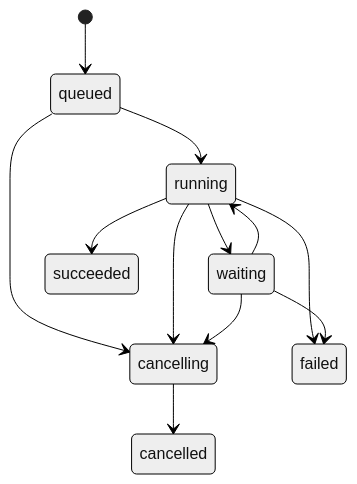
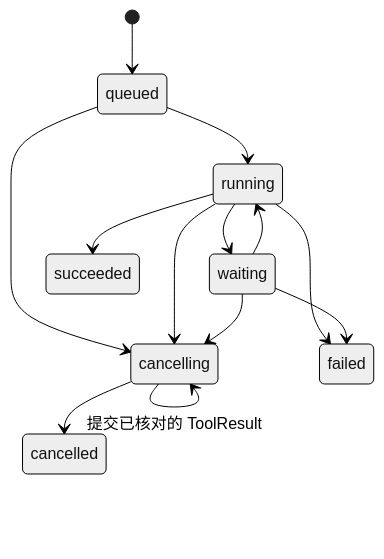
The first of 3 diagrams in docs/upgrade/2026-08-11-operation-recovery-model.md (xiesunsun/MyOpenClaw), drawn with Mermaid (neutral theme) before and after one commit. The commit also changed other lines of this file and 7 other files, not shown here.

````diff
--- a/docs/upgrade/2026-08-11-operation-recovery-model.md
+++ b/docs/upgrade/2026-08-11-operation-recovery-model.md
@@ -84,14 +84,15 @@
 ```mermaid
 stateDiagram-v2
     [*] --> queued
     queued --> running
     queued --> cancelling
     running --> waiting
     waiting --> running
     running --> succeeded
     running --> failed
     running --> cancelling
     waiting --> failed
     waiting --> cancelling
+    cancelling --> cancelling: 提交已核对的 ToolResult
     cancelling --> cancelled
 ```
````
